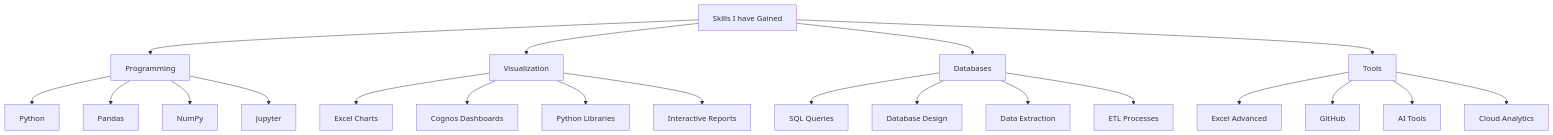
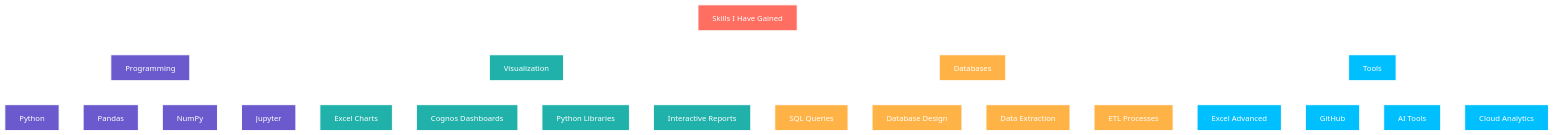
The diagram in IBM Data Analyst/README.md (NijHingrajiya007/ALL-CERTIFICATIONS), drawn with Mermaid before and after one commit. The commit also changed other lines of this file, not shown here.

````diff
--- a/IBM Data Analyst/README.md
+++ b/IBM Data Analyst/README.md
@@ -22,27 +23,46 @@
 ```mermaid
+%%{init: {'theme': 'base', 'themeVariables': { 'primaryColor': '#FFDDC1', 'lineColor':'#FFFFFF', 'edgeLabelBackground':'#FFFFFF', 'tertiaryColor': '#fff'}}}%%
 graph TD
-    A[Skills I have Gained] --> B[Programming]
+    A[Skills I Have Gained] --> B[Programming]
     A --> C[Visualization]
     A --> D[Databases]
     A --> E[Tools]
     
+    %% Programming
     B --> B1[Python]
     B --> B2[Pandas]
     B --> B3[NumPy]
     B --> B4[Jupyter]
     
+    %% Visualization
     C --> C1[Excel Charts]
     C --> C2[Cognos Dashboards]
     C --> C3[Python Libraries]
     C --> C4[Interactive Reports]
     
+    %% Databases
     D --> D1[SQL Queries]
     D --> D2[Database Design]
     D --> D3[Data Extraction]
     D --> D4[ETL Processes]
     
+    %% Tools
     E --> E1[Excel Advanced]
     E --> E2[GitHub]
     E --> E3[AI Tools]
     E --> E4[Cloud Analytics]
+
+    %% Define Colors
+    classDef main fill:#FF6F61,stroke:#fff,stroke-width:2px,color:#fff;
+    classDef programming fill:#6A5ACD,stroke:#fff,stroke-width:2px,color:#fff;
+    classDef viz fill:#20B2AA,stroke:#fff,stroke-width:2px,color:#fff;
+    classDef db fill:#FFB347,stroke:#fff,stroke-width:2px,color:#fff;
+    classDef tools fill:#00BFFF,stroke:#fff,stroke-width:2px,color:#fff;
+
+    %% Apply Classes
+    class A main;
+    class B,B1,B2,B3,B4 programming;
+    class C,C1,C2,C3,C4 viz;
+    class D,D1,D2,D3,D4 db;
+    class E,E1,E2,E3,E4 tools;
 ```
````
